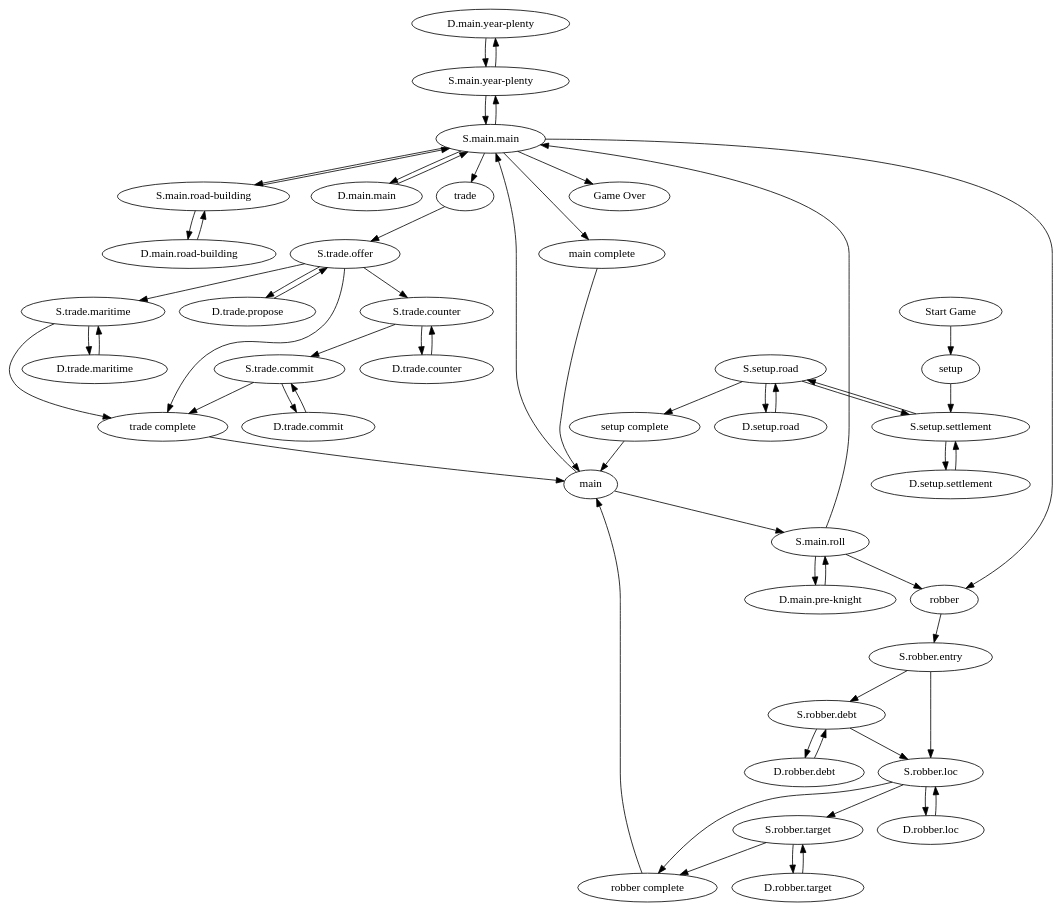
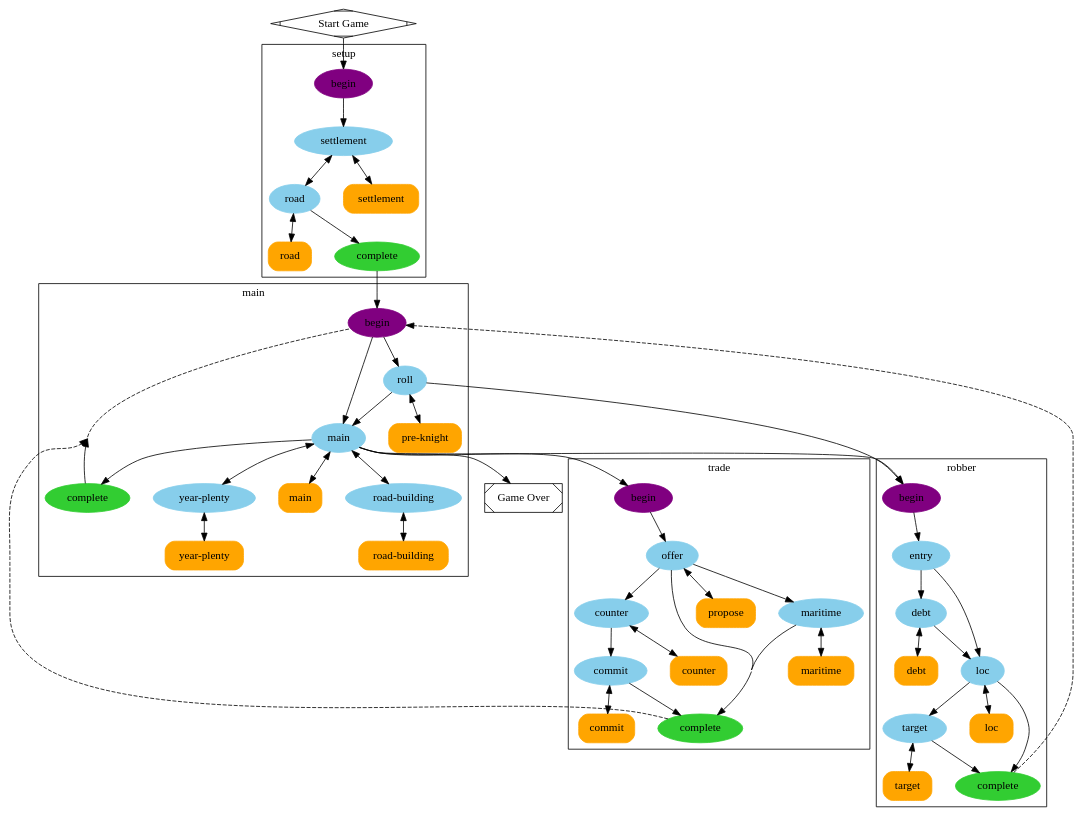
The diagram in cluster.gv (felixludos/ludos), drawn with Graphviz before and after one commit. The commit also changed 58 other files, not shown here.

```diff
--- a/cluster.gv
+++ b/cluster.gv
@@ -1,100 +1,117 @@
 digraph G {
-	"D.main.year-plenty"
-	"D.main.road-building"
-	"S.trade.maritime"
-	"S.setup.settlement"
-	"D.trade.counter"
-	"setup complete"
-	"D.setup.settlement"
-	"S.setup.road"
-	"D.robber.target"
-	"main complete"
-	"S.robber.loc"
-	"S.main.road-building"
-	"S.robber.target"
-	"S.trade.commit"
-	"S.robber.debt"
-	trade
-	"Game Over"
-	"Start Game"
-	"D.robber.debt"
-	"D.setup.road"
-	"D.trade.propose"
-	robber
-	"robber complete"
-	"D.main.main"
-	"D.trade.commit"
-	"S.trade.counter"
-	setup
-	"trade complete"
-	main
-	"D.trade.maritime"
-	"S.main.main"
-	"D.robber.loc"
-	"S.main.roll"
-	"D.main.pre-knight"
-	"S.robber.entry"
-	"S.trade.offer"
-	"S.main.year-plenty"
-	robber -> "S.robber.entry"
-	"D.robber.loc" -> "S.robber.loc"
-	"D.main.main" -> "S.main.main"
-	"D.setup.settlement" -> "S.setup.settlement"
-	"S.robber.loc" -> "S.robber.target"
-	"S.setup.settlement" -> "S.setup.road"
-	"S.robber.entry" -> "S.robber.debt"
-	"S.trade.counter" -> "D.trade.counter"
-	"S.trade.offer" -> "trade complete"
-	"S.trade.commit" -> "D.trade.commit"
-	"D.main.road-building" -> "S.main.road-building"
-	"S.trade.counter" -> "S.trade.commit"
-	"S.main.main" -> "S.main.road-building"
-	"S.trade.commit" -> "trade complete"
-	"D.trade.counter" -> "S.trade.counter"
-	"D.main.year-plenty" -> "S.main.year-plenty"
-	"S.trade.offer" -> "S.trade.maritime"
-	"S.trade.offer" -> "S.trade.counter"
-	trade -> "S.trade.offer"
-	"S.trade.maritime" -> "trade complete"
-	"S.setup.settlement" -> "D.setup.settlement"
-	main -> "S.main.main"
-	setup -> "S.setup.settlement"
-	"S.robber.entry" -> "S.robber.loc"
-	"S.main.year-plenty" -> "D.main.year-plenty"
-	"S.main.road-building" -> "S.main.main"
-	"S.main.roll" -> "D.main.pre-knight"
-	"S.setup.road" -> "setup complete"
-	"D.trade.commit" -> "S.trade.commit"
-	"main complete" -> main
-	"D.trade.propose" -> "S.trade.offer"
-	"setup complete" -> main
-	"D.robber.debt" -> "S.robber.debt"
-	"S.setup.road" -> "S.setup.settlement"
-	"S.main.main" -> "Game Over"
-	"S.robber.debt" -> "S.robber.loc"
-	"D.main.pre-knight" -> "S.main.roll"
-	"S.main.roll" -> robber
-	"S.robber.loc" -> "D.robber.loc"
-	"S.robber.loc" -> "robber complete"
-	"Start Game" -> setup
-	"S.main.year-plenty" -> "S.main.main"
-	"robber complete" -> main
-	"S.robber.target" -> "robber complete"
-	"trade complete" -> main
-	"S.main.main" -> "D.main.main"
-	"D.robber.target" -> "S.robber.target"
-	"S.trade.offer" -> "D.trade.propose"
-	"S.main.main" -> "main complete"
-	"D.setup.road" -> "S.setup.road"
-	"D.trade.maritime" -> "S.trade.maritime"
-	"S.setup.road" -> "D.setup.road"
-	main -> "S.main.roll"
-	"S.main.road-building" -> "D.main.road-building"
-	"S.main.roll" -> "S.main.main"
-	"S.main.main" -> trade
-	"S.robber.debt" -> "D.robber.debt"
-	"S.main.main" -> "S.main.year-plenty"
-	"S.main.main" -> robber
-	"S.trade.maritime" -> "D.trade.maritime"
-	"S.robber.target" -> "D.robber.target"
+	compound=true
+	newrank=true
+	splines=true
+	concentrate=true
+	nodesep=0.4
+	subgraph cluster_setup {
+		label=setup
+		"PhaseNode(setup)" [label=begin color=purple style=filled]
+		"StageNode(setup.settlement)" [label=settlement color=skyblue style=filled]
+		"StageNode(setup.road)" [label=road color=skyblue style=filled]
+		"DecisionNode(setup.settlement)" [label=settlement color=orange shape=rect style="rounded,filled"]
+		"DecisionNode(setup.road)" [label=road color=orange shape=rect style="rounded,filled"]
+		"CompleteNode(setup complete)" [label=complete color=limegreen style=filled]
+	}
+	subgraph cluster_main {
+		label=main
+		"PhaseNode(main)" [label=begin color=purple style=filled]
+		"StageNode(main.roll)" [label=roll color=skyblue style=filled]
+		"StageNode(main.main)" [label=main color=skyblue style=filled]
+		"StageNode(main.road-building)" [label="road-building" color=skyblue style=filled]
+		"StageNode(main.year-plenty)" [label="year-plenty" color=skyblue style=filled]
+		"DecisionNode(main.pre-knight)" [label="pre-knight" color=orange shape=rect style="rounded,filled"]
+		"DecisionNode(main.main)" [label=main color=orange shape=rect style="rounded,filled"]
+		"DecisionNode(main.road-building)" [label="road-building" color=orange shape=rect style="rounded,filled"]
+		"DecisionNode(main.year-plenty)" [label="year-plenty" color=orange shape=rect style="rounded,filled"]
+		"CompleteNode(main complete)" [label=complete color=limegreen style=filled]
+	}
+	subgraph cluster_trade {
+		label=trade
+		"PhaseNode(trade)" [label=begin color=purple style=filled]
+		"StageNode(trade.offer)" [label=offer color=skyblue style=filled]
+		"StageNode(trade.counter)" [label=counter color=skyblue style=filled]
+		"StageNode(trade.commit)" [label=commit color=skyblue style=filled]
+		"StageNode(trade.maritime)" [label=maritime color=skyblue style=filled]
+		"DecisionNode(trade.propose)" [label=propose color=orange shape=rect style="rounded,filled"]
+		"DecisionNode(trade.counter)" [label=counter color=orange shape=rect style="rounded,filled"]
+		"DecisionNode(trade.commit)" [label=commit color=orange shape=rect style="rounded,filled"]
+		"DecisionNode(trade.maritime)" [label=maritime color=orange shape=rect style="rounded,filled"]
+		"CompleteNode(trade complete)" [label=complete color=limegreen style=filled]
+	}
+	subgraph cluster_robber {
+		label=robber
+		"PhaseNode(robber)" [label=begin color=purple style=filled]
+		"StageNode(robber.entry)" [label=entry color=skyblue style=filled]
+		"StageNode(robber.debt)" [label=debt color=skyblue style=filled]
+		"StageNode(robber.loc)" [label=loc color=skyblue style=filled]
+		"StageNode(robber.target)" [label=target color=skyblue style=filled]
+		"DecisionNode(robber.debt)" [label=debt color=orange shape=rect style="rounded,filled"]
+		"DecisionNode(robber.loc)" [label=loc color=orange shape=rect style="rounded,filled"]
+		"DecisionNode(robber.target)" [label=target color=orange shape=rect style="rounded,filled"]
+		"CompleteNode(robber complete)" [label=complete color=limegreen style=filled]
+	}
+	"GameOverNode(Game Over)" [label="Game Over" shape=rect style=diagonals]
+	"StartNode(Start Game)" [label="Start Game" shape=diamond style=diagonals]
+	"PhaseNode(setup)" -> "StageNode(setup.settlement)"
+	"PhaseNode(main)" -> "StageNode(main.roll)"
+	"PhaseNode(trade)" -> "StageNode(trade.offer)"
+	"PhaseNode(robber)" -> "StageNode(robber.entry)"
+	"PhaseNode(main)" -> "StageNode(main.main)"
+	"StageNode(setup.settlement)" -> "DecisionNode(setup.settlement)"
+	"DecisionNode(setup.settlement)" -> "StageNode(setup.settlement)" [style=dotted]
+	"StageNode(setup.settlement)" -> "StageNode(setup.road)"
+	"StageNode(setup.road)" -> "DecisionNode(setup.road)"
+	"DecisionNode(setup.road)" -> "StageNode(setup.road)" [style=dotted]
+	"StageNode(setup.road)" -> "CompleteNode(setup complete)"
+	"CompleteNode(setup complete)" -> "PhaseNode(main)"
+	"StageNode(setup.road)" -> "StageNode(setup.settlement)"
+	"StageNode(main.roll)" -> "PhaseNode(robber)"
+	"StageNode(main.roll)" -> "DecisionNode(main.pre-knight)"
+	"DecisionNode(main.pre-knight)" -> "StageNode(main.roll)" [style=dotted]
+	"StageNode(main.roll)" -> "StageNode(main.main)"
+	"StageNode(main.main)" -> "DecisionNode(main.main)"
+	"DecisionNode(main.main)" -> "StageNode(main.main)" [style=dotted]
+	"StageNode(main.main)" -> "CompleteNode(main complete)"
+	"CompleteNode(main complete)" -> "PhaseNode(main)"
+	"StageNode(main.main)" -> "PhaseNode(trade)"
+	"StageNode(main.main)" -> "PhaseNode(robber)"
+	"StageNode(main.main)" -> "StageNode(main.year-plenty)"
+	"StageNode(main.main)" -> "StageNode(main.road-building)"
+	"StageNode(main.main)" -> "GameOverNode(Game Over)"
+	"StageNode(main.road-building)" -> "StageNode(main.main)"
+	"StageNode(main.road-building)" -> "DecisionNode(main.road-building)"
+	"DecisionNode(main.road-building)" -> "StageNode(main.road-building)" [style=dotted]
+	"StageNode(main.year-plenty)" -> "DecisionNode(main.year-plenty)"
+	"DecisionNode(main.year-plenty)" -> "StageNode(main.year-plenty)" [style=dotted]
+	"StageNode(main.year-plenty)" -> "StageNode(main.main)"
+	"StageNode(trade.offer)" -> "CompleteNode(trade complete)"
+	"CompleteNode(trade complete)" -> "PhaseNode(main)" [style=dashed]
+	"StageNode(trade.offer)" -> "StageNode(trade.maritime)"
+	"StageNode(trade.offer)" -> "StageNode(trade.counter)"
+	"StageNode(trade.offer)" -> "DecisionNode(trade.propose)"
+	"DecisionNode(trade.propose)" -> "StageNode(trade.offer)" [style=dotted]
+	"StageNode(trade.counter)" -> "StageNode(trade.commit)"
+	"StageNode(trade.counter)" -> "DecisionNode(trade.counter)"
+	"DecisionNode(trade.counter)" -> "StageNode(trade.counter)" [style=dotted]
+	"StageNode(trade.commit)" -> "DecisionNode(trade.commit)"
+	"DecisionNode(trade.commit)" -> "StageNode(trade.commit)" [style=dotted]
+	"StageNode(trade.commit)" -> "CompleteNode(trade complete)"
+	"StageNode(trade.maritime)" -> "DecisionNode(trade.maritime)"
+	"DecisionNode(trade.maritime)" -> "StageNode(trade.maritime)" [style=dotted]
+	"StageNode(trade.maritime)" -> "CompleteNode(trade complete)"
+	"StageNode(robber.entry)" -> "StageNode(robber.debt)"
+	"StageNode(robber.entry)" -> "StageNode(robber.loc)"
+	"StageNode(robber.debt)" -> "DecisionNode(robber.debt)"
+	"DecisionNode(robber.debt)" -> "StageNode(robber.debt)" [style=dotted]
+	"StageNode(robber.debt)" -> "StageNode(robber.loc)"
+	"StageNode(robber.loc)" -> "DecisionNode(robber.loc)"
+	"DecisionNode(robber.loc)" -> "StageNode(robber.loc)" [style=dotted]
+	"StageNode(robber.loc)" -> "CompleteNode(robber complete)"
+	"CompleteNode(robber complete)" -> "PhaseNode(main)" [style=dashed]
+	"StageNode(robber.loc)" -> "StageNode(robber.target)"
+	"StageNode(robber.target)" -> "DecisionNode(robber.target)"
+	"DecisionNode(robber.target)" -> "StageNode(robber.target)" [style=dotted]
+	"StageNode(robber.target)" -> "CompleteNode(robber complete)"
+	"StartNode(Start Game)" -> "PhaseNode(setup)"
 }
```
